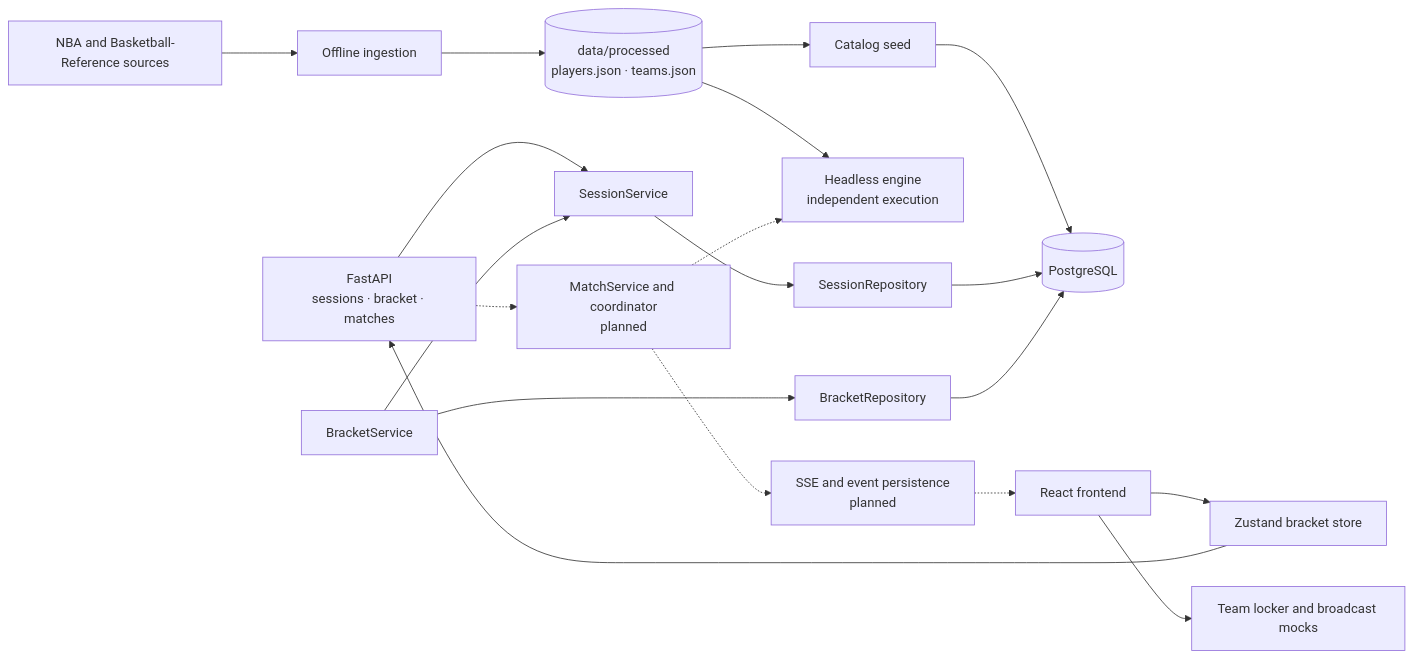
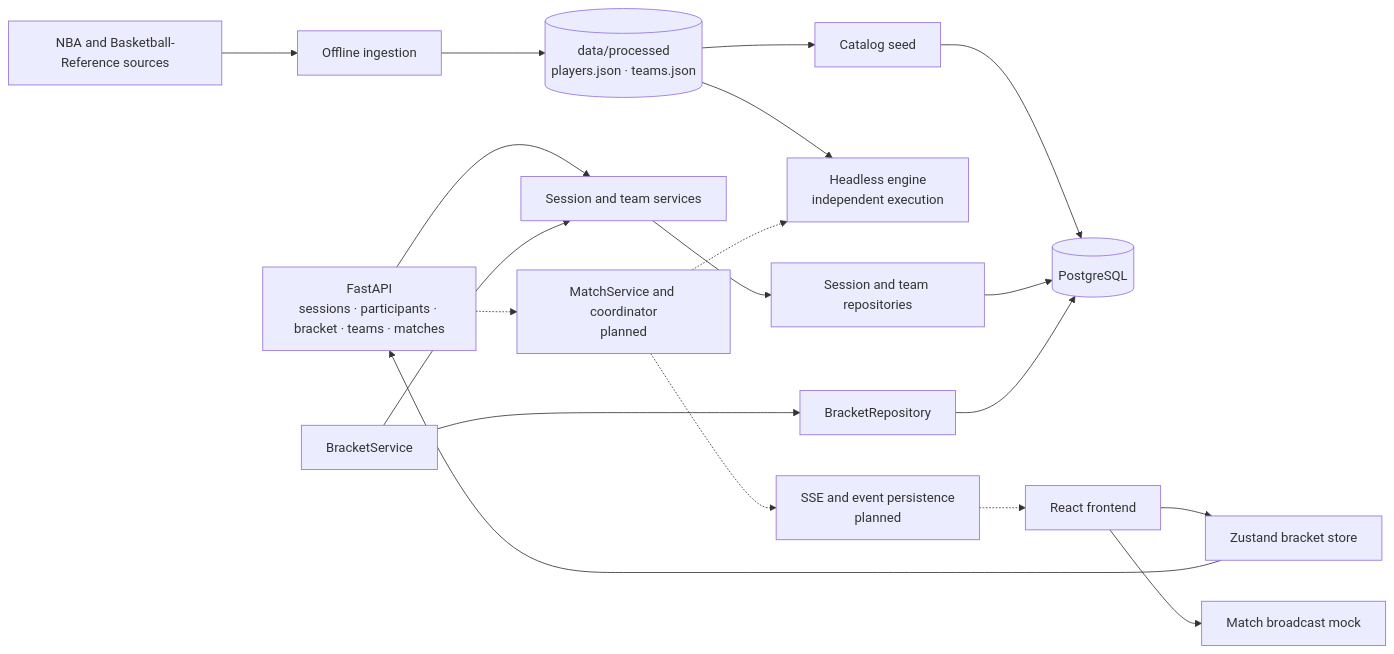
One commit to MatheuzRuf/Robo-Cestinha changed the first of 6 diagrams in docs/ARCHITECTURE.md. Above: the diagram before and after it, drawn with Mermaid. The commit also changed other lines of this file and 38 other files, not shown here.

````diff
--- a/docs/ARCHITECTURE.md
+++ b/docs/ARCHITECTURE.md
@@ -18,31 +18,31 @@
 ```mermaid
 flowchart LR
     Sources[NBA and Basketball-Reference sources]
     Ingestion[Offline ingestion]
     Files[(data/processed<br/>players.json · teams.json)]
     Seed[Catalog seed]
     DB[(PostgreSQL)]
     Engine[Headless engine<br/>independent execution]
-    API[FastAPI<br/>sessions · bracket · matches]
-    Domain[SessionService]
-    Repo[SessionRepository]
+    API[FastAPI<br/>sessions · participants · bracket · teams · matches]
+    Domain[Session and team services]
+    Repo[Session and team repositories]
     FE[React frontend]
     BracketStore[Zustand bracket store]
-    Mock[Team locker and broadcast mocks]
+    Mock[Match broadcast mock]
     Bracket[BracketService]
     BracketRepo[BracketRepository]
     MatchSvc[MatchService and coordinator<br/>planned]
     Stream[SSE and event persistence<br/>planned]
 
     Sources --> Ingestion --> Files
     Files --> Seed --> DB
     Files --> Engine
     API --> Domain --> Repo --> DB
     Bracket --> BracketRepo --> DB
     Bracket --> Domain
     FE --> BracketStore --> API
     FE --> Mock
 
     API -.-> MatchSvc -.-> Engine
     MatchSvc -.-> Stream -.-> FE
 ```
````
